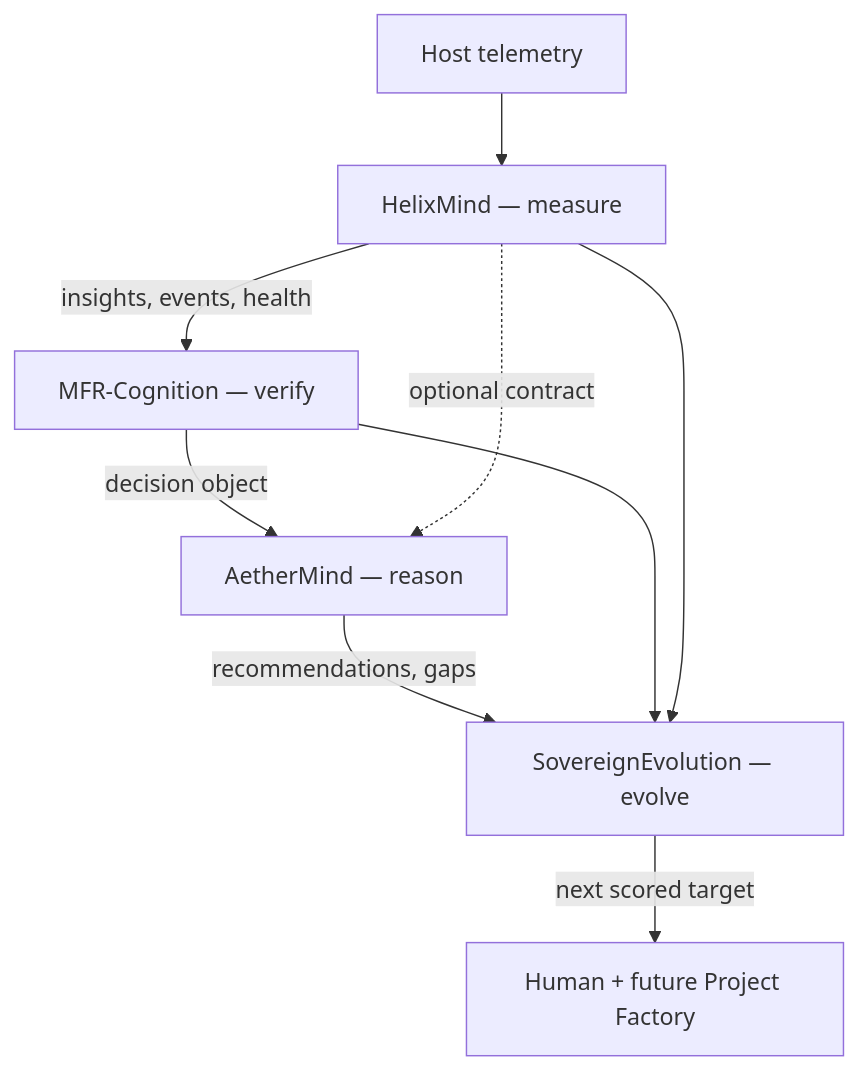
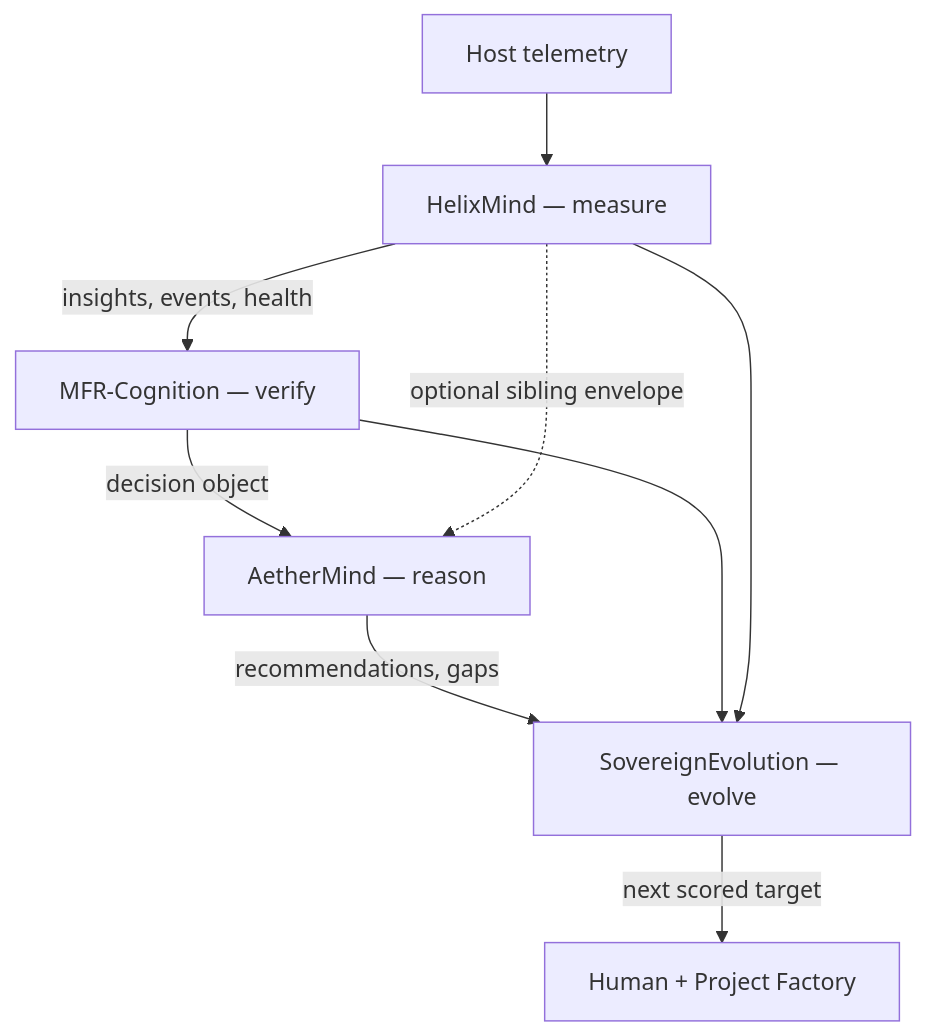
Before and after one commit to mfathialrahman-crypto/FathiMind: the diagram in docs/architecture.md, drawn with Mermaid. The commit also changed other lines of this file and 2 other files, not shown here.

Commit message:
docs: sync OKRs, RFCs, and architecture with current ecosystem state (RFC-0002 implemented, targets completed)
Align handbook with live status reported in README (2026-10-13).
- Mark RFC-0002 implemented
- Update O2 KRs to done where evidenced
- Clarify architecture diagram notes
No runtime changes. Documentation accuracy only.

````diff
--- a/docs/architecture.md
+++ b/docs/architecture.md
@@ -5,11 +5,11 @@
 ```mermaid
 flowchart TD
   T[Host telemetry] --> H[HelixMind — measure]
   H -->|insights, events, health| M[MFR-Cognition — verify]
   M -->|decision object| A[AetherMind — reason]
-  H -.->|optional contract| A
+  H -.->|optional sibling envelope| A
   A -->|recommendations, gaps| S[SovereignEvolution — evolve]
   M --> S
   H --> S
-  S -->|next scored target| Dev[Human + future Project Factory]
+  S -->|next scored target| Dev[Human + Project Factory]
 ```
````
